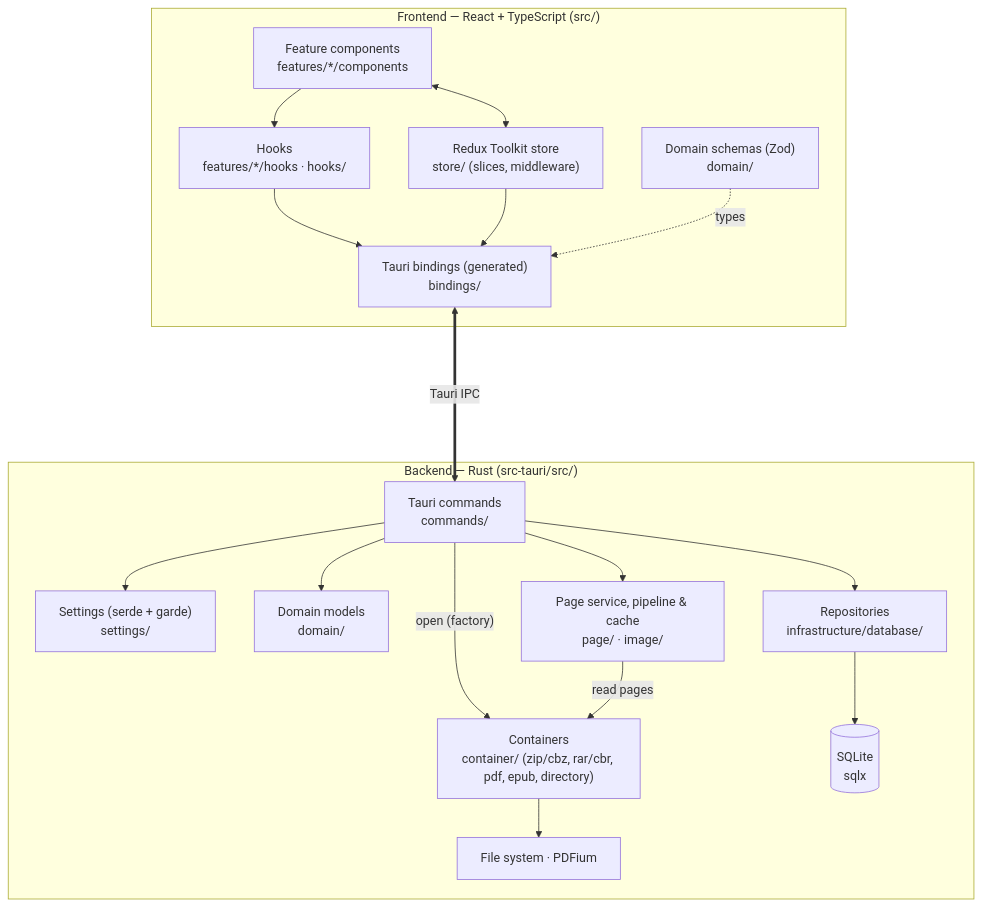
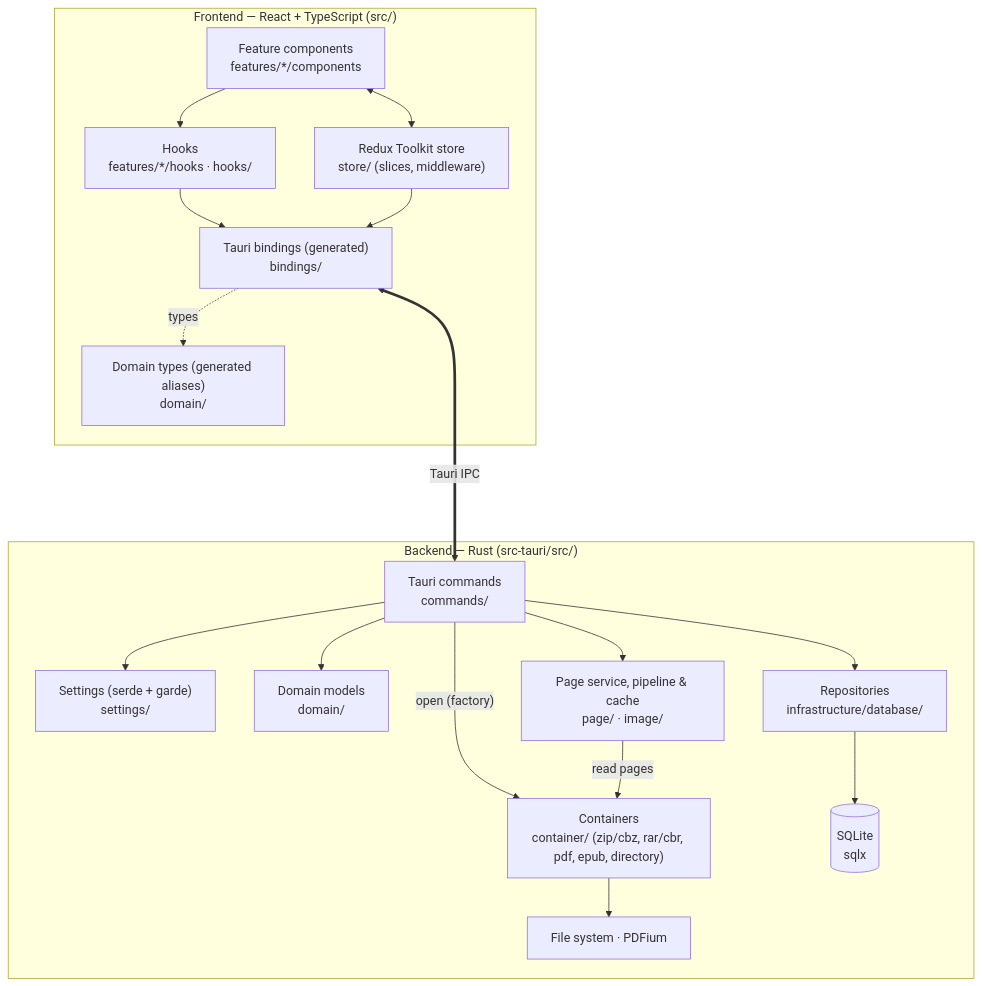
The first of 2 diagrams in docs/wiki/Developer-Guide.md (Rookro/RookReader), drawn with Mermaid before and after one commit. The commit also changed other lines of this file and 3 other files, not shown here.

Commit message:
docs: describe the generated entity types and drop Zod

````diff
--- a/docs/wiki/Developer-Guide.md
+++ b/docs/wiki/Developer-Guide.md
@@ -9,38 +9,38 @@
 ```mermaid
 graph TD
     subgraph Frontend["Frontend — React + TypeScript (src/)"]
         UI["Feature components<br/>features/*/components"]
         Hooks["Hooks<br/>features/*/hooks · hooks/"]
         Store["Redux Toolkit store<br/>store/ (slices, middleware)"]
-        Domain["Domain schemas (Zod)<br/>domain/"]
+        Domain["Domain types (generated aliases)<br/>domain/"]
         Bindings["Tauri bindings (generated)<br/>bindings/"]
 
         UI --> Hooks
         UI <--> Store
         Hooks --> Bindings
         Store --> Bindings
-        Domain -.->|types| Bindings
+        Bindings -.->|types| Domain
     end
 
     Bindings <====>|"Tauri IPC"| Commands
 
     subgraph Backend["Backend — Rust (src-tauri/src/)"]
         Commands["Tauri commands<br/>commands/"]
         Settings["Settings (serde + garde)<br/>settings/"]
         BDomain["Domain models<br/>domain/"]
         Repos["Repositories<br/>infrastructure/database/"]
         Page["Page service, pipeline & cache<br/>page/ · image/"]
         Containers["Containers<br/>container/ (zip/cbz, rar/cbr, pdf, epub, directory)"]
         DB[("SQLite<br/>sqlx")]
         FS["File system · PDFium"]
 
         Commands --> Settings
         Commands --> BDomain
         Commands --> Repos
         Commands --> Page
         Commands -->|"open (factory)"| Containers
         Page -->|"read pages"| Containers
         Repos --> DB
         Containers --> FS
     end
 ```
````
